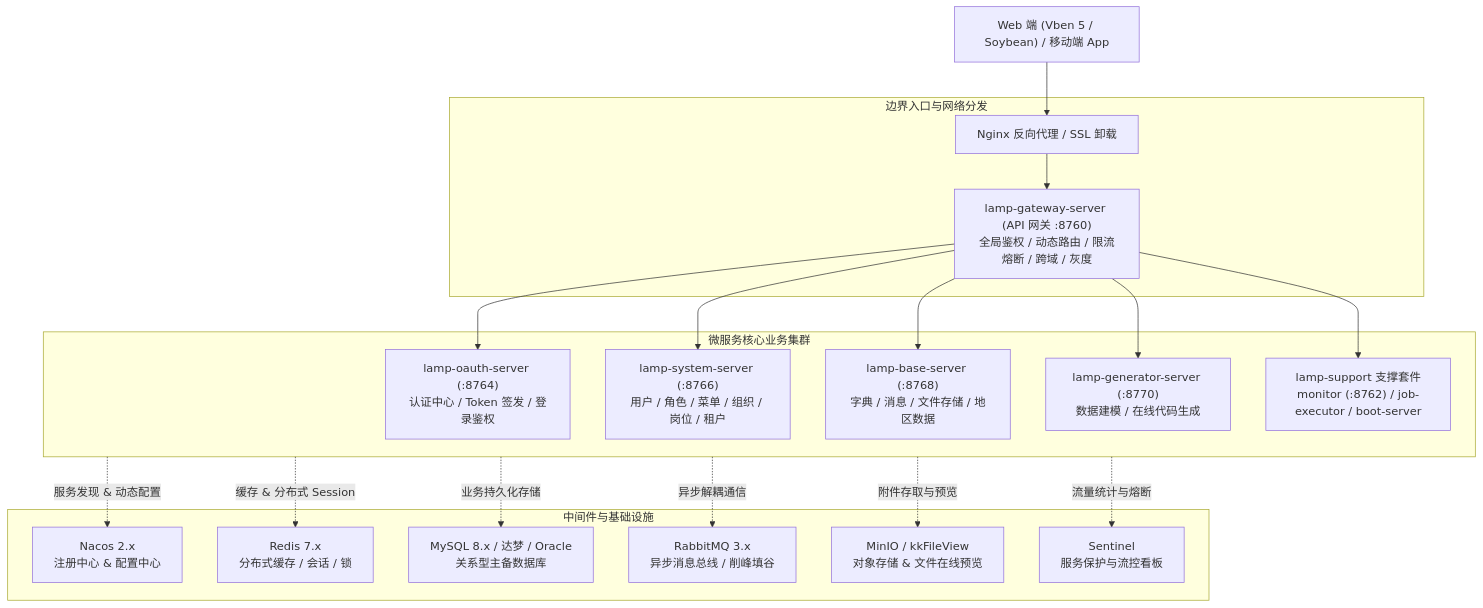
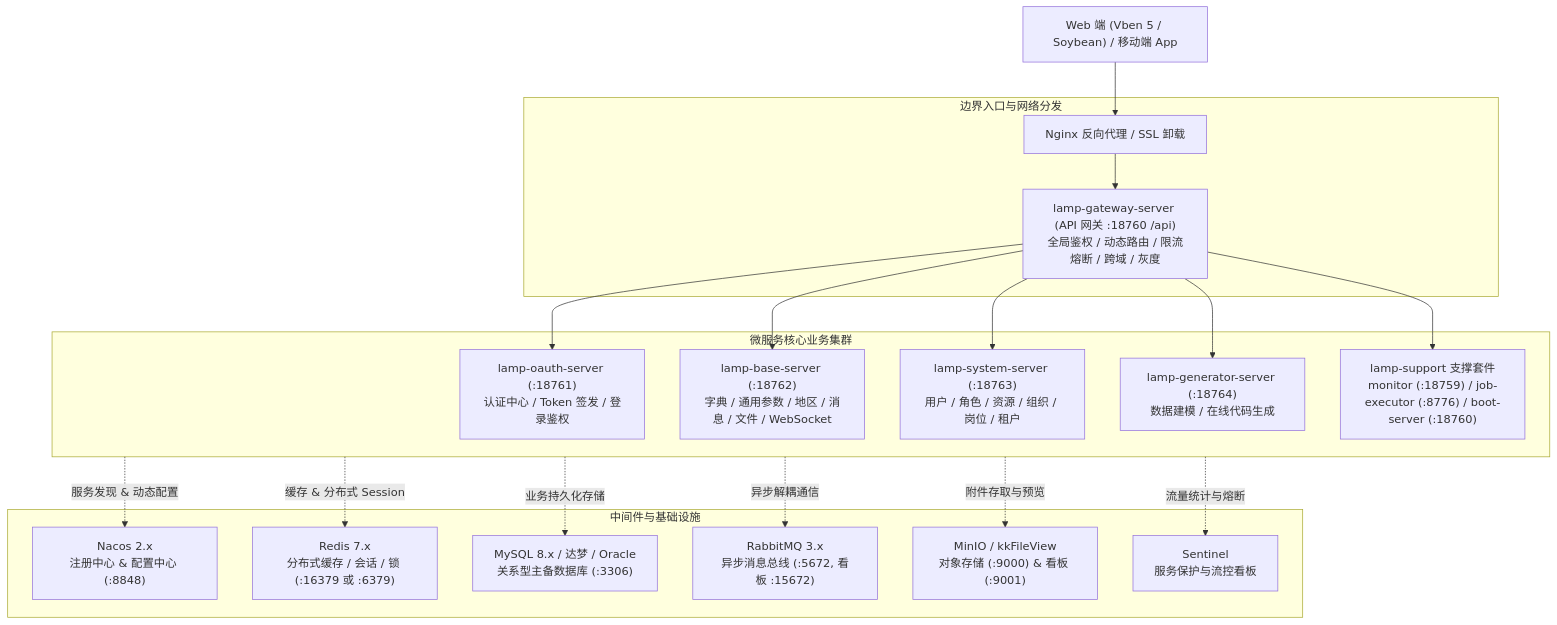
One commit to dalio-manuf/lamp-cloud changed the diagram in README.md. Above: the diagram before and after it, drawn with Mermaid. The commit also changed other lines of this file and 270 other files, not shown here.

````diff
--- a/README.md
+++ b/README.md
@@ -89,40 +95,40 @@
 ```mermaid
 flowchart TD
     Client["Web 端 (Vben 5 / Soybean) / 移动端 App"]
     
     subgraph EdgeLayer["边界入口与网络分发"]
         Nginx["Nginx 反向代理 / SSL 卸载"]
-        Gateway["lamp-gateway-server (API 网关 :8760)<br/>全局鉴权 / 动态路由 / 限流熔断 / 跨域 / 灰度"]
+        Gateway["lamp-gateway-server (API 网关 :18760 /api)<br/>全局鉴权 / 动态路由 / 限流熔断 / 跨域 / 灰度"]
     end
 
     subgraph ServiceLayer["微服务核心业务集群"]
-        OAuth["lamp-oauth-server (:8764)<br/>认证中心 / Token 签发 / 登录鉴权"]
-        System["lamp-system-server (:8766)<br/>用户 / 角色 / 菜单 / 组织 / 岗位 / 租户"]
-        Base["lamp-base-server (:8768)<br/>字典 / 消息 / 文件存储 / 地区数据"]
-        Generator["lamp-generator-server (:8770)<br/>数据建模 / 在线代码生成"]
-        Support["lamp-support 支撑套件<br/>monitor (:8762) / job-executor / boot-server"]
+        OAuth["lamp-oauth-server (:18761)<br/>认证中心 / Token 签发 / 登录鉴权"]
+        Base["lamp-base-server (:18762)<br/>字典 / 通用参数 / 地区 / 消息 / 文件 / WebSocket"]
+        System["lamp-system-server (:18763)<br/>用户 / 角色 / 资源 / 组织 / 岗位 / 租户"]
+        Generator["lamp-generator-server (:18764)<br/>数据建模 / 在线代码生成"]
+        Support["lamp-support 支撑套件<br/>monitor (:18759) / job-executor (:8776) / boot-server (:18760)"]
     end
 
     subgraph MiddlewareLayer["中间件与基础设施"]
-        Nacos["Nacos 2.x<br/>注册中心 & 配置中心"]
-        Redis["Redis 7.x<br/>分布式缓存 / 会话 / 锁"]
-        MySQL["MySQL 8.x / 达梦 / Oracle<br/>关系型主备数据库"]
-        RabbitMQ["RabbitMQ 3.x<br/>异步消息总线 / 削峰填谷"]
-        MinIO["MinIO / kkFileView<br/>对象存储 & 文件在线预览"]
+        Nacos["Nacos 2.x<br/>注册中心 & 配置中心 (:8848)"]
+        Redis["Redis 7.x<br/>分布式缓存 / 会话 / 锁 (:16379 或 :6379)"]
+        MySQL["MySQL 8.x / 达梦 / Oracle<br/>关系型主备数据库 (:3306)"]
+        RabbitMQ["RabbitMQ 3.x<br/>异步消息总线 (:5672, 看板 :15672)"]
+        MinIO["MinIO / kkFileView<br/>对象存储 (:9000) & 看板 (:9001)"]
         Sentinel["Sentinel<br/>服务保护与流控看板"]
     end
 
     Client --> Nginx --> Gateway
     Gateway --> OAuth
     Gateway --> System
     Gateway --> Base
     Gateway --> Generator
     Gateway --> Support
 
     ServiceLayer -. 服务发现 & 动态配置 .-> Nacos
     ServiceLayer -. 缓存 & 分布式 Session .-> Redis
     ServiceLayer -. 业务持久化存储 .-> MySQL
     ServiceLayer -. 异步解耦通信 .-> RabbitMQ
     ServiceLayer -. 附件存取与预览 .-> MinIO
     ServiceLayer -. 流量统计与熔断 .-> Sentinel
 ```
````
